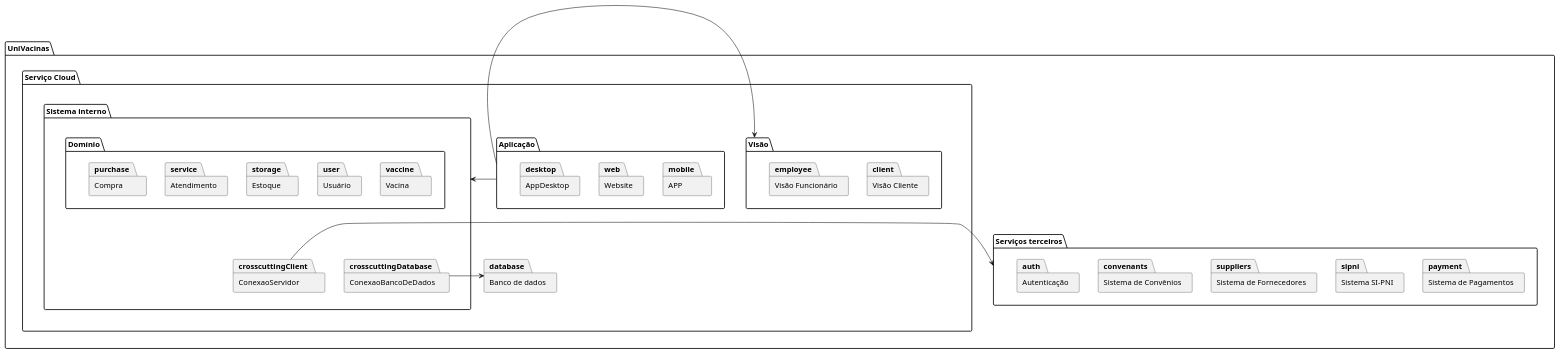
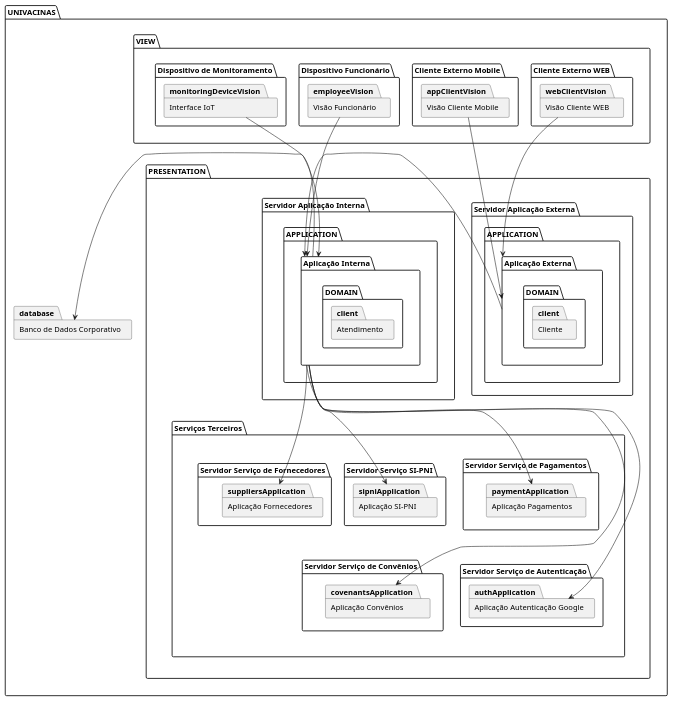
Before and after one commit to belcogo/desenv-software-diagramas: the diagram in diagramas/diagrama-pacotes.PLANTUML, drawn with PlantUML.

Commit message:
fix: corrige diagrama de pacotes

```diff
--- a/diagramas/diagrama-pacotes.PLANTUML
+++ b/diagramas/diagrama-pacotes.PLANTUML
@@ -1,70 +1,97 @@
 @startuml
-package system as "UniVacinas" {
-	package cloud as "Serviço Cloud" {
-
-		together {
-			package presentationView as "Visão" {
-				package client as "Visão Cliente" {
-				}
-				package employee as "Visão Funcionário" {
-				}
-			}
-			package interface as "Aplicação" {
-				package mobile as "APP" {
-				}
-				package web as "Website" {
-				}
-				package desktop as "AppDesktop" {
-				}
-			}
-
-		}
-		package internalSystem as "Sistema interno" {
-			package domain as "Domínio" {
-				package vaccine as "Vacina" {
-				}
-				package user as "Usuário" {
-				}
-				package storage as "Estoque" {
-				}
-				package service as "Atendimento" {
-				}
-				package purchase as "Compra" {
-				}
-			}
-			together {
-				package crosscuttingClient as "ConexaoServidor" {
-				}
-				package crosscuttingDatabase as "ConexaoBancoDeDados" {
-				}
-			}
-		}
-		package database as "Banco de dados" {
-		}
-
-	}
-	package   externalServices as  "Serviços terceiros" {
-		package  payment  as "Sistema de Pagamentos" {
-		}
-		package  sipni  as "Sistema SI-PNI" {
-		}
-		package  suppliers  as "Sistema de Fornecedores" {
-		}
-		package  convenants as  "Sistema de Convênios" {
-		}
-		package  auth as  "Autenticação" {
-		}
-	}
+package system as "UNIVACINAS" {
+        package view as "VIEW" {
+	        package externalClientWeb as "Cliente Externo WEB" {
+                        package webClientVision as "Visão Cliente WEB" {
+                        }
+                }
+	        package externalClientMobile as "Cliente Externo Mobile" {
+                        package appClientVision as "Visão Cliente Mobile" {
+                        }
+                }
+	        package employeeDevice as "Dispositivo Funcionário" {
+                        package employeeVision as "Visão Funcionário" {
+                        }
+                }
+	        package monitoringDevice as "Dispositivo de Monitoramento" {
+                        package monitoringDeviceVision as "Interface IoT" {
+                        }
+                }
+        }
+        package presentation as "PRESENTATION" {
+                package externalServer as "Servidor Aplicação Externa" {
+                        package externalApplicationWrapper as "APPLICATION" {
+                                package externalApplication as "Aplicação Externa" {
+                                        package domain as "DOMAIN" {
+                                                package client as "Cliente" {
+                                                }
+                                        }
+                                }
+                        }
+                }
+                package internalServer as "Servidor Aplicação Interna" {
+                        package internalApplicationWrapper as "APPLICATION" {
+                                package internalApplication as "Aplicação Interna" {
+                                        package domain as "DOMAIN" {
+                                                package client as "Atendimento" {
+                                                }
+                                                package client as "Vacina" {
+                                                }
+                                                package client as "Estoque" {
+                                                }
+                                                package client as "Compra" {
+                                                }
+                                                package client as "Usuário" {
+                                                }
+                                        }
+                                }
+                        }
+                }
+                package thirdPartyServer as "Serviços Terceiros" {
+                        together {
+                                package paymentServer as "Servidor Serviço de Pagamentos" {
+                                        package paymentApplication as "Aplicação Pagamentos" {
+                                        }
+                                }
+                                package sipniServer as "Servidor Serviço SI-PNI" {
+                                        package sipniApplication as "Aplicação SI-PNI" {
+                                        }
+                                }
+                                package suppliersServer as "Servidor Serviço de Fornecedores" {
+                                        package suppliersApplication as "Aplicação Fornecedores" {
+                                        }
+                                }
+                        }
+                        together {
+                                package covenantsServer as "Servidor Serviço de Convênios" {
+                                        package covenantsApplication as "Aplicação Convênios" {
+                                        }
+                                }
+                                package authServer as "Servidor Serviço de Autenticação" {
+                                        package authApplication as "Aplicação Autenticação Google" {
+                                        }
+                                }
+                        }
+                }
+        }
+        package database as "Banco de Dados Corporativo" {
+        }
 }
 
+paymentServer -[hidden]-> covenantsServer
+internalServer -[hidden]-> thirdPartyServer
+view -[hidden]-> presentation
 
-domain -[hidden]-> crosscuttingDatabase
-internalSystem -[hidden]-> database
-cloud -[hidden]-> externalServices
-
-interface -> presentationView
-interface -> internalSystem
-crosscuttingDatabase -> database
-crosscuttingClient -> externalServices
+webClientVision -> externalApplication
+appClientVision -> externalApplication
+externalApplication -> internalApplication
+employeeVision -> internalApplication
+monitoringDeviceVision -> internalApplication
+internalApplication -> database
+internalApplication -> paymentApplication
+internalApplication -> sipniApplication
+internalApplication -> suppliersApplication
+internalApplication -> covenantsApplication
+internalApplication -> authApplication
 
 @enduml
```
